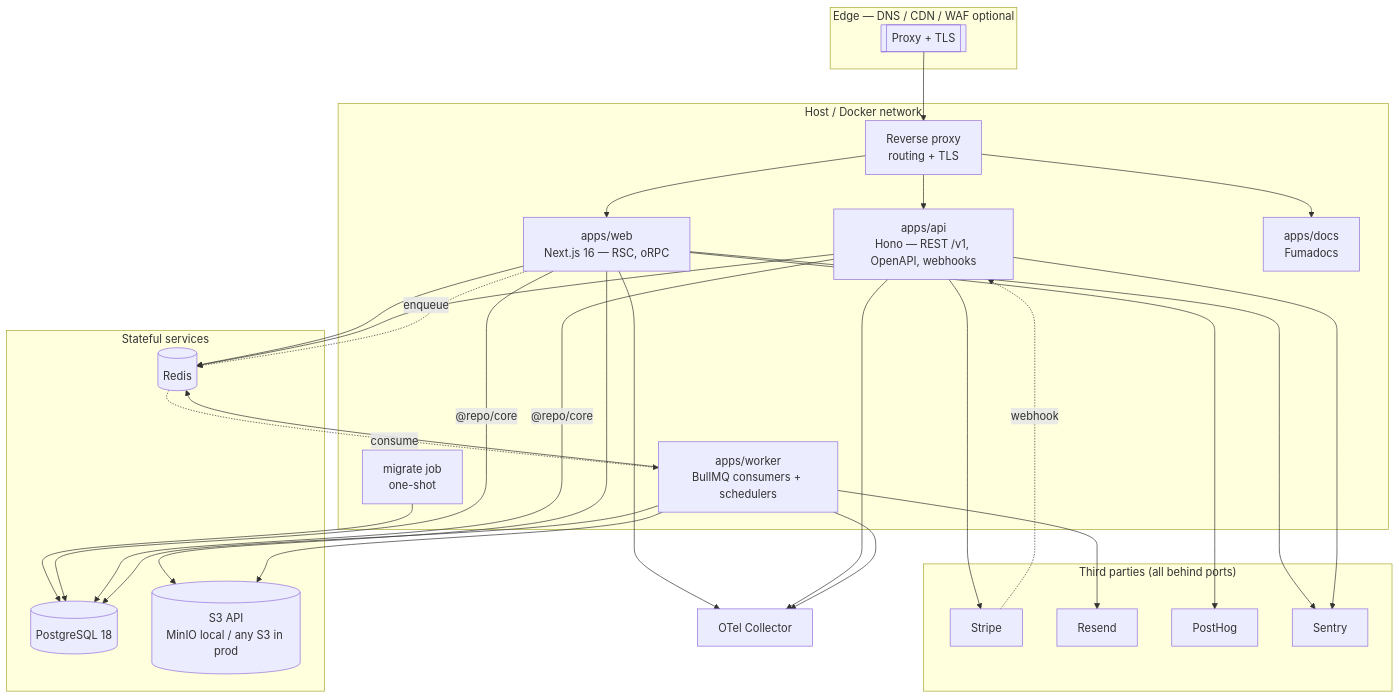
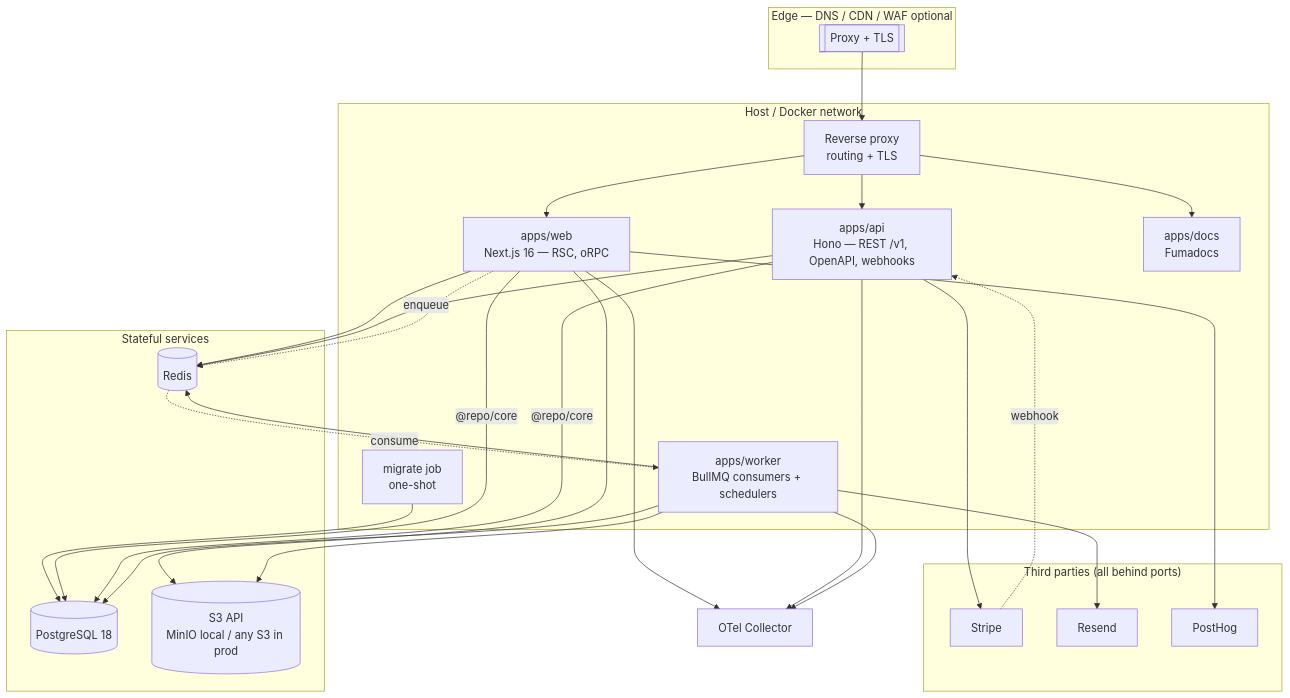
One commit to jleveneur/nextjs-boilerplate changed the diagram in docs/architecture/README.md. Above: the diagram before and after it, drawn with Mermaid. The commit also changed other lines of this file and 66 other files, not shown here.

````diff
--- a/docs/architecture/README.md
+++ b/docs/architecture/README.md
@@ -227,58 +227,55 @@
 ```mermaid
 flowchart TB
     subgraph edge["Edge — DNS / CDN / WAF optional"]
         CF[["Proxy + TLS"]]
     end
 
     subgraph host["Host / Docker network"]
         TR["Reverse proxy<br/>routing + TLS"]
         WEB["apps/web<br/>Next.js 16 — RSC, oRPC"]
         API["apps/api<br/>Hono — REST /v1, OpenAPI, webhooks"]
         WORKER["apps/worker<br/>BullMQ consumers + schedulers"]
         DOCS["apps/docs<br/>Fumadocs"]
         MIG["migrate job<br/>one-shot"]
     end
 
     subgraph data["Stateful services"]
         PG[("PostgreSQL 18")]
         RD[("Redis")]
         S3[("S3 API<br/>MinIO local / any S3 in prod")]
     end
 
     subgraph ext["Third parties (all behind ports)"]
         STR["Stripe"]
         RES["Resend"]
         PH["PostHog"]
-        SEN["Sentry"]
     end
 
     CF --> TR
     TR --> WEB
     TR --> API
     TR --> DOCS
     MIG --> PG
 
     WEB -->|"@repo/core"| PG
     API -->|"@repo/core"| PG
     WORKER --> PG
     WEB --> RD
     API --> RD
     WORKER --> RD
     WEB --> S3
     WORKER --> S3
 
     WEB -.->|enqueue| RD
     RD -.->|consume| WORKER
 
     API --> STR
     STR -.->|webhook| API
     WORKER --> RES
     WEB --> PH
-    WEB --> SEN
-    API --> SEN
 
     OTEL["OTel Collector"]
     WEB --> OTEL
     API --> OTEL
     WORKER --> OTEL
 ```
````
